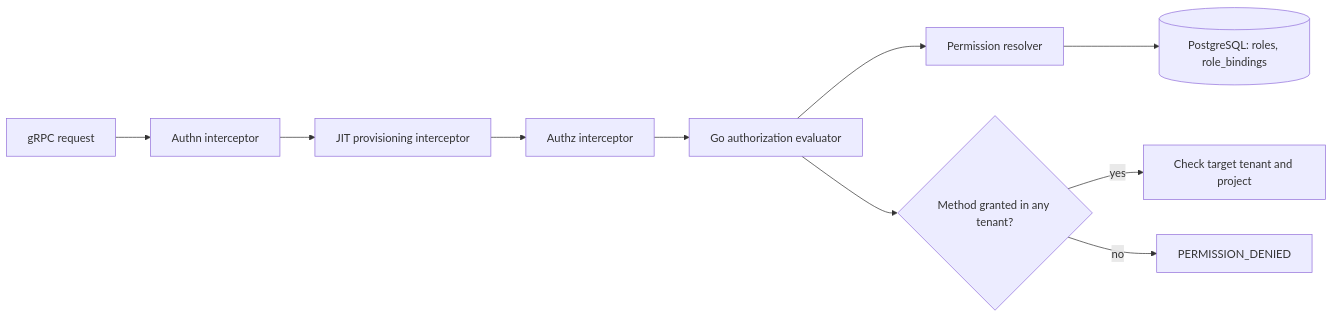
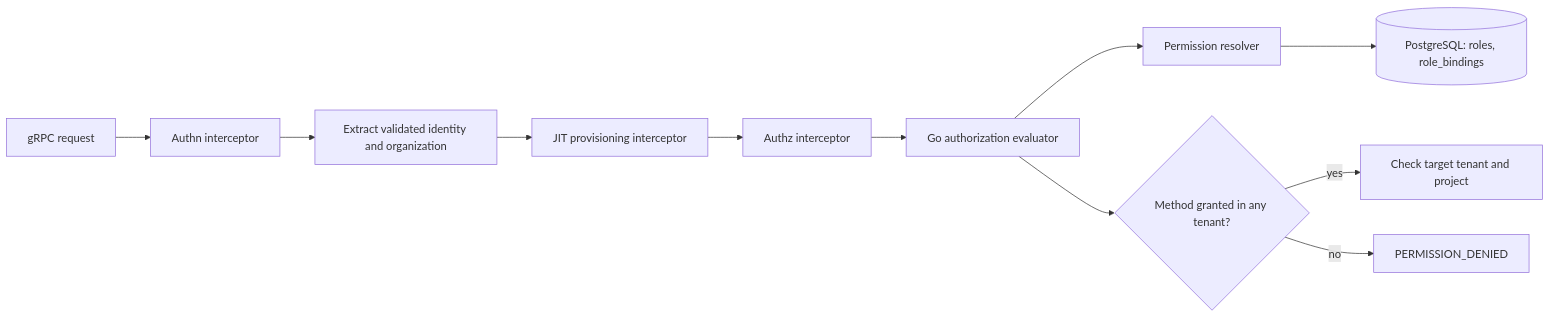
The diagram in enhancements/OSAC-3058-configurable-named-roles/design.md (osac-project/enhancement-proposals), drawn with Mermaid before and after one commit. The commit also changed other lines of this file and 1 other file, not shown here.

````diff
--- a/enhancements/OSAC-3058-configurable-named-roles/design.md
+++ b/enhancements/OSAC-3058-configurable-named-roles/design.md
@@ -125,12 +133,13 @@
 ```mermaid
 flowchart LR
     Req[gRPC request] --> Authn[Authn interceptor]
-    Authn --> JIT[JIT provisioning interceptor]
+    Authn --> Identity[Extract validated identity and organization]
+    Identity --> JIT[JIT provisioning interceptor]
     JIT --> Authz[Authz interceptor]
     Authz --> Eval[Go authorization evaluator]
     Eval --> Resolve[Permission resolver]
     Resolve --> DB[(PostgreSQL: roles, role_bindings)]
     Eval --> Decision{Method granted in any tenant?}
     Decision -- yes --> Handler[Check target tenant and project]
     Decision -- no --> Deny[PERMISSION_DENIED]
 ```
````
